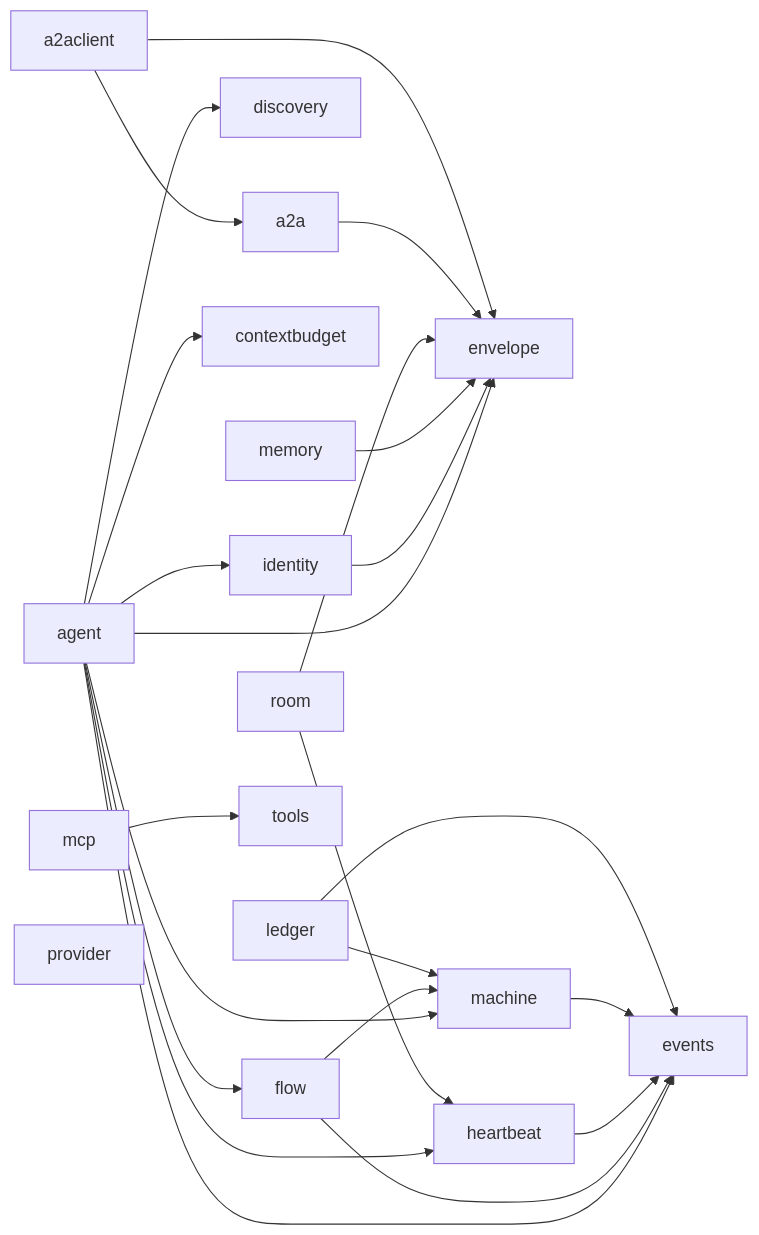
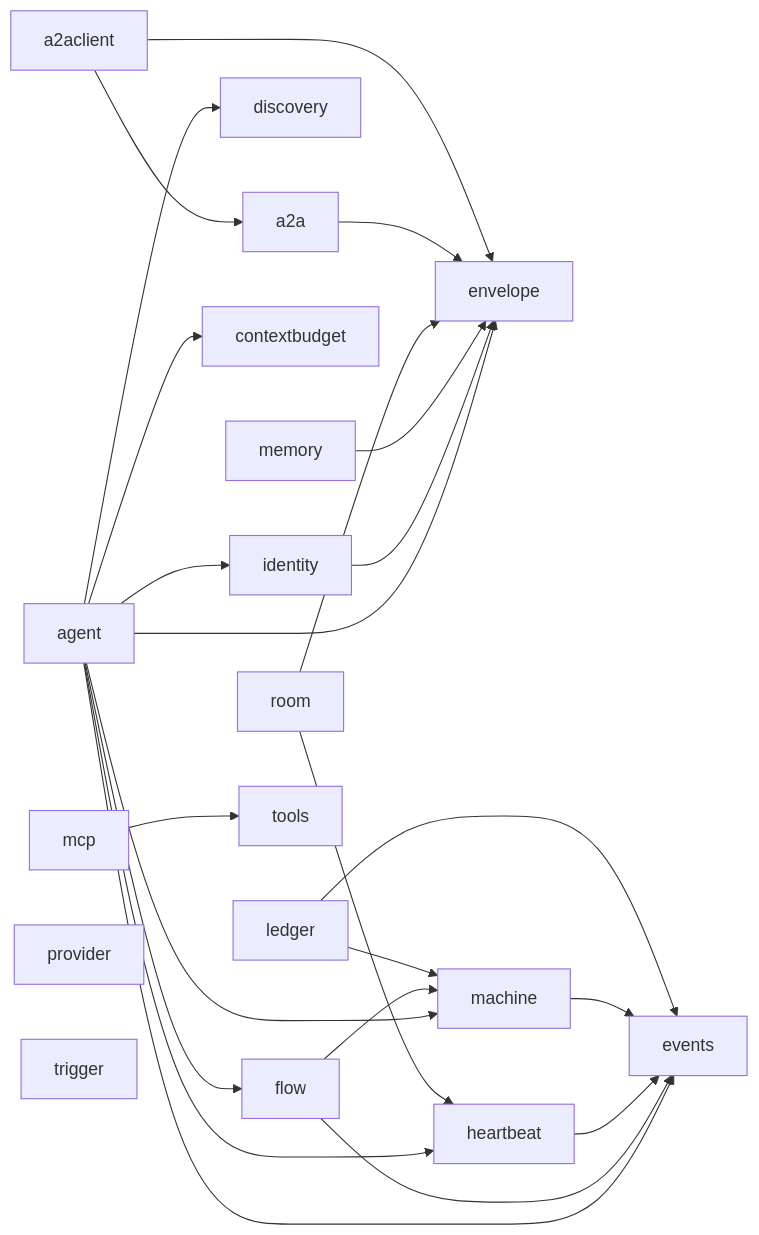
Before and after one commit to MiviaLabs/mivia-ai-sdk: the first of 2 diagrams in docs/architecture.md, drawn with Mermaid. The commit also changed other lines of this file and 2 other files, not shown here.

First line of the commit message:
docs(trigger): add the trigger package reference and index it

````diff
--- a/docs/architecture.md
+++ b/docs/architecture.md
@@ -26,31 +27,32 @@
 ```mermaid
 flowchart LR
     agent --> identity
     agent --> discovery
     agent --> flow
     agent --> envelope
     agent --> events
     agent --> machine
     agent --> heartbeat
     agent --> contextbudget
     flow --> events
     flow --> machine
     heartbeat --> events
     identity --> envelope
     machine --> events
     ledger --> machine
     ledger --> events
     memory --> envelope
     room --> envelope
     room --> heartbeat
     a2a --> envelope
     a2aclient --> a2a
     a2aclient --> envelope
     mcp --> tools
     contextbudget[contextbudget]
     discovery[discovery]
     envelope[envelope]
     events[events]
     provider[provider]
     tools[tools]
+    trigger[trigger]
 ```
````
